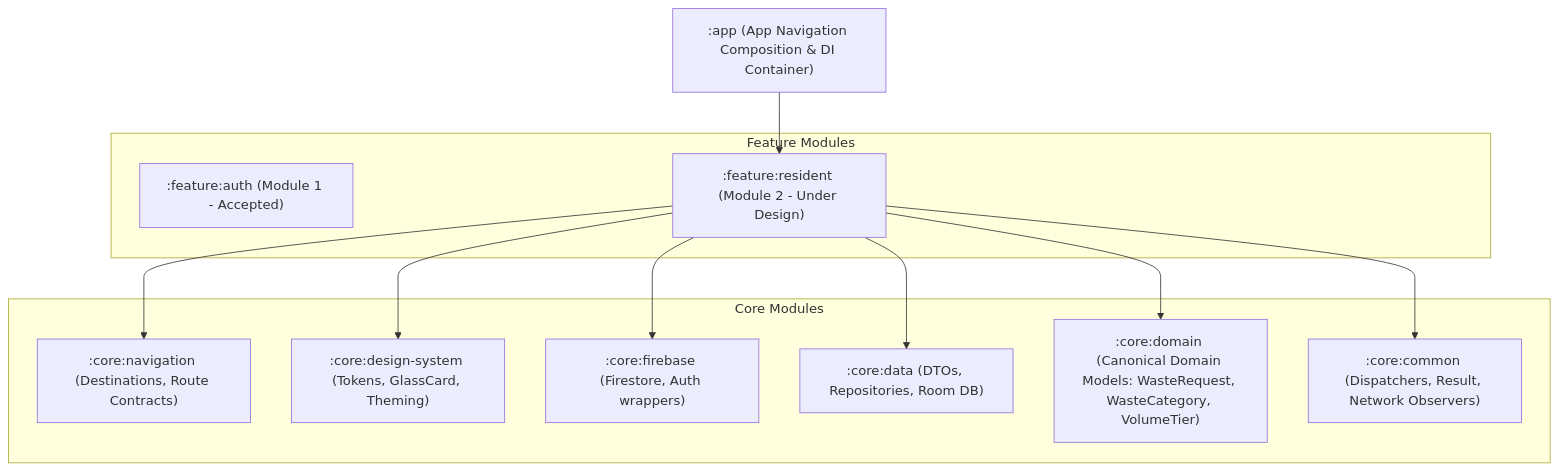
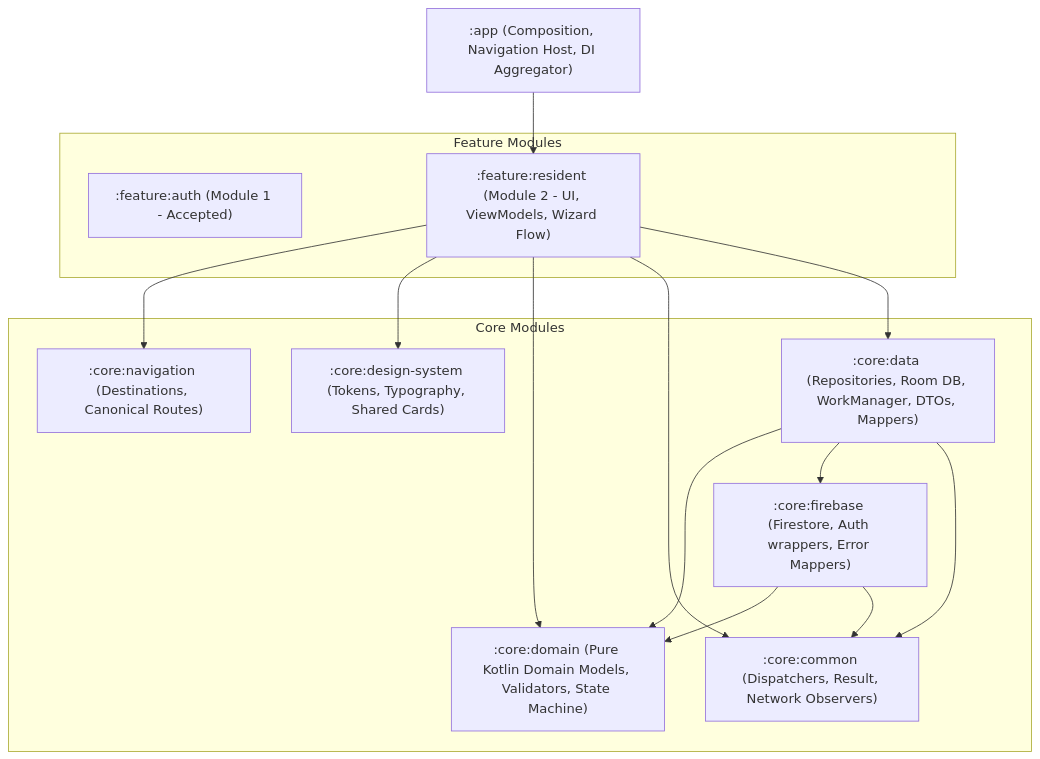
Before and after one commit to collinobeid/wastelink: the first of 4 diagrams in docs/MODULE_2_RESIDENT_REQUEST_ARCHITECTURE.md, drawn with Mermaid. The commit also changed other lines of this file and 1 other file, not shown here.

Commit message:
docs(module2): harden architecture and acceptance checklist per Lead Technical Director review

````diff
--- a/docs/MODULE_2_RESIDENT_REQUEST_ARCHITECTURE.md
+++ b/docs/MODULE_2_RESIDENT_REQUEST_ARCHITECTURE.md
@@ -21,26 +27,32 @@
 ```mermaid
 graph TD
-    app[":app (App Navigation Composition & DI Container)"]
+    app[":app (Composition, Navigation Host, DI Aggregator)"]
     
     subgraph Feature Modules
         featAuth[":feature:auth (Module 1 - Accepted)"]
-        featRes[":feature:resident (Module 2 - Under Design)"]
+        featRes[":feature:resident (Module 2 - UI, ViewModels, Wizard Flow)"]
     end
     
     subgraph Core Modules
-        coreNav[":core:navigation (Destinations, Route Contracts)"]
-        coreDS[":core:design-system (Tokens, GlassCard, Theming)"]
-        coreFB[":core:firebase (Firestore, Auth wrappers)"]
-        coreData[":core:data (DTOs, Repositories, Room DB)"]
-        coreDomain[":core:domain (Canonical Domain Models: WasteRequest, WasteCategory, VolumeTier)"]
+        coreNav[":core:navigation (Destinations, Canonical Routes)"]
+        coreDS[":core:design-system (Tokens, Typography, Shared Cards)"]
+        coreFB[":core:firebase (Firestore, Auth wrappers, Error Mappers)"]
+        coreData[":core:data (Repositories, Room DB, WorkManager, DTOs, Mappers)"]
+        coreDomain[":core:domain (Pure Kotlin Domain Models, Validators, State Machine)"]
         coreCommon[":core:common (Dispatchers, Result, Network Observers)"]
     end
 
     app --> featRes
     featRes --> coreNav
     featRes --> coreDS
-    featRes --> coreFB
-    featRes --> coreData
     featRes --> coreDomain
     featRes --> coreCommon
+    featRes --> coreData
+
+    coreData --> coreDomain
+    coreData --> coreFB
+    coreData --> coreCommon
+
+    coreFB --> coreDomain
+    coreFB --> coreCommon
 ```
````
